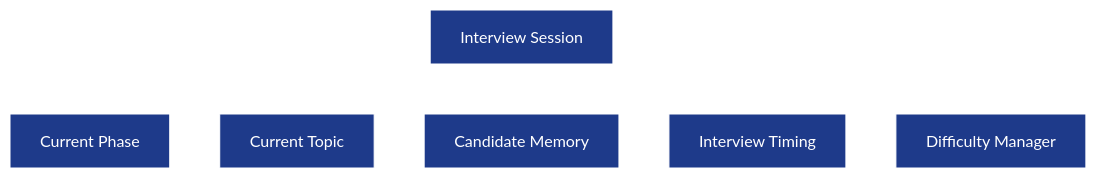
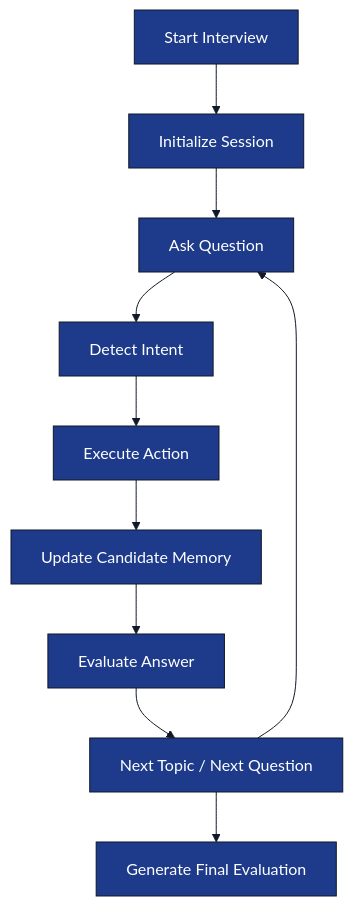
One commit to Veeru123456778/ai-interview-service changed the first of 2 diagrams in docs/tech-spec/04_interview_engine.md. Above: the diagram before and after it, drawn with Mermaid. The commit also changed other lines of this file, not shown here.

Commit message:
fixes the interview engine of the agent

````diff
--- a/docs/tech-spec/04_interview_engine.md
+++ b/docs/tech-spec/04_interview_engine.md
@@ -311,37 +51,47 @@
 ```mermaid
 %%{init:{
   "theme":"base",
   "themeVariables":{
-    "background":"#0F172A",
+    "background":"#FFFFFF",
     "primaryColor":"#1E3A8A",
     "primaryTextColor":"#FFFFFF",
-    "primaryBorderColor":"#FFFFFF",
+    "primaryBorderColor":"#111827",
     "secondaryColor":"#2563EB",
     "secondaryTextColor":"#FFFFFF",
-    "tertiaryColor":"#1E293B",
-    "lineColor":"#FFFFFF",
-    "fontFamily":"Inter",
-    "edgeLabelBackground":"#0F172A"
+    "tertiaryColor":"#DBEAFE",
+    "lineColor":"#111827",
+    "edgeLabelBackground":"#FFFFFF",
+    "fontFamily":"Inter"
   }
 }}%%
 
 flowchart TD
 
-    SESSION["Interview Session"]
+    START["Start Interview"]
 
-    PHASE["Current Phase"]
+    INIT["Initialize Session"]
 
-    TOPIC["Current Topic"]
+    ASK["Ask Question"]
 
-    MEMORY["Candidate Memory"]
+    INTENT["Detect Intent"]
 
-    TIMING["Interview Timing"]
+    ACTION["Execute Action"]
 
-    DIFFICULTY["Difficulty Manager"]
+    MEMORY["Update Candidate Memory"]
 
-    SESSION --> PHASE
-    SESSION --> TOPIC
-    SESSION --> MEMORY
-    SESSION --> TIMING
-    SESSION --> DIFFICULTY
+    EVAL["Evaluate Answer"]
+
+    NEXT["Next Topic / Next Question"]
+
+    FINAL["Generate Final Evaluation"]
+
+    START --> INIT
+    INIT --> ASK
+    ASK --> INTENT
+    INTENT --> ACTION
+    ACTION --> MEMORY
+    MEMORY --> EVAL
+    EVAL --> NEXT
+    NEXT --> ASK
+    NEXT --> FINAL
 ```
````
